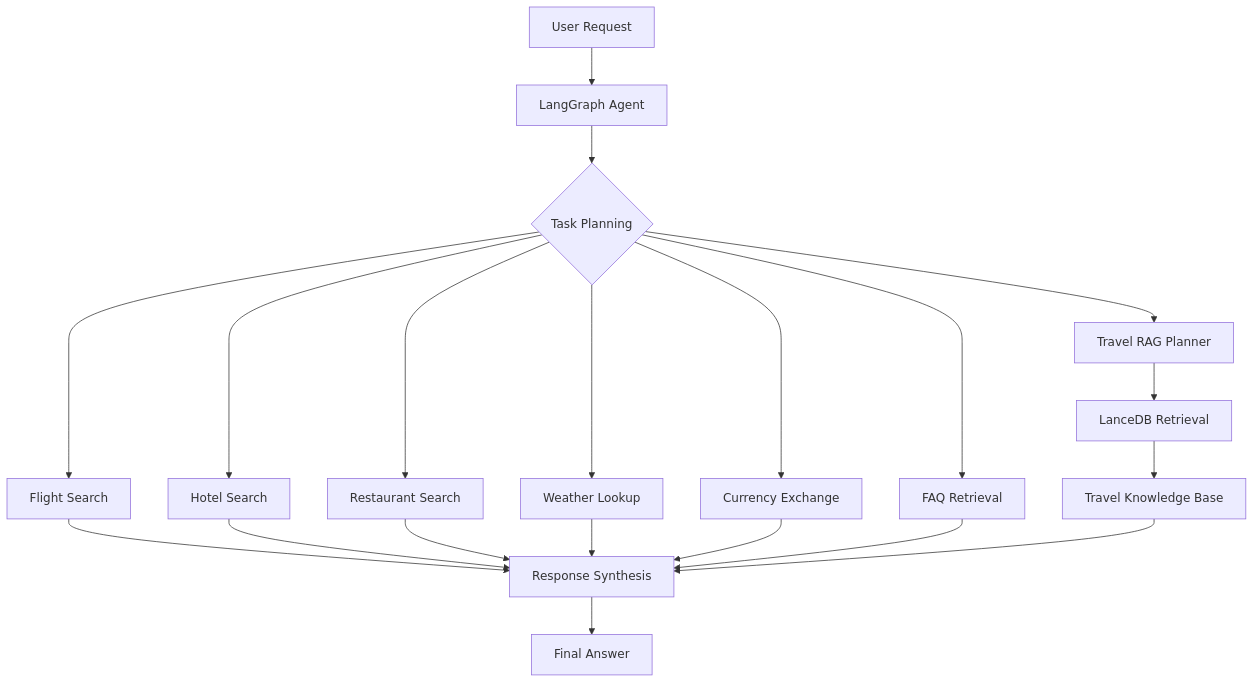
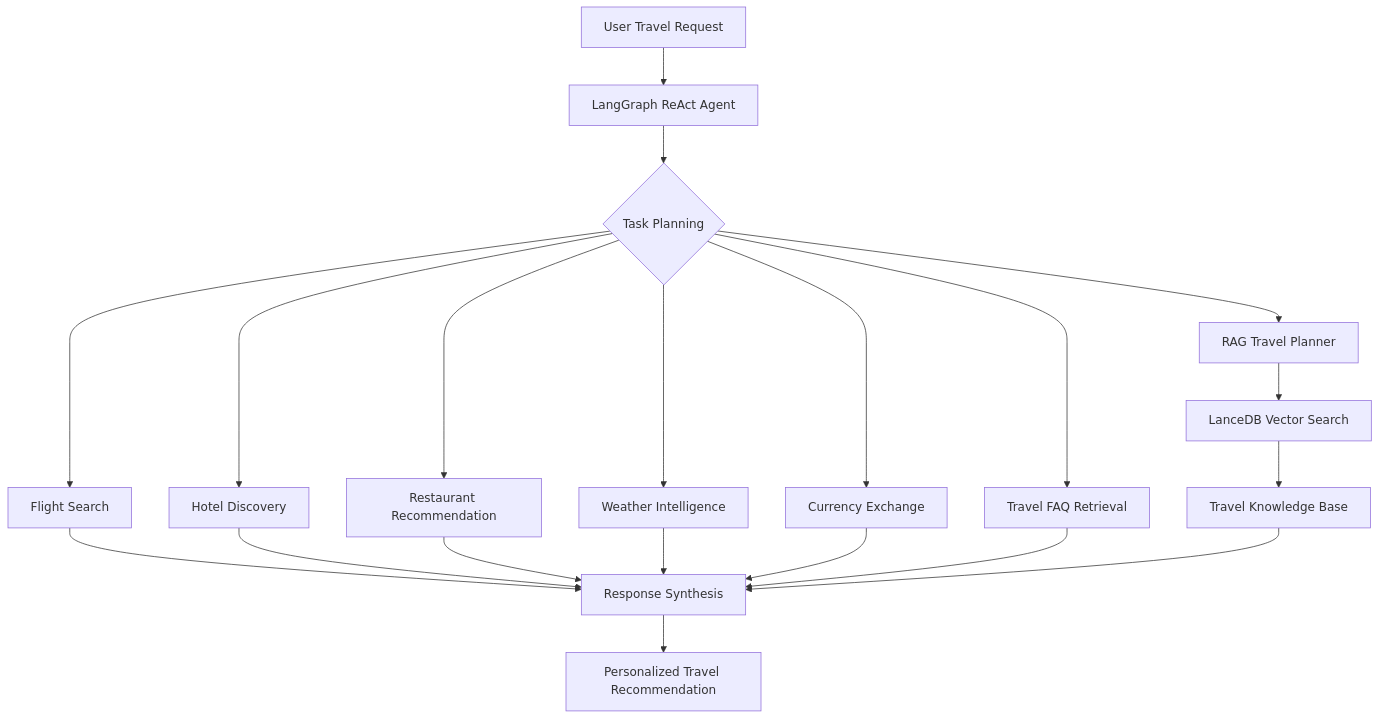
Before and after one commit to farzadjannati/Agentic-Travel-Planning-Assistant-with-Real-Time-Travel-Intelligence: the diagram in README.md, drawn with Mermaid. The commit also changed other lines of this file, not shown here.

````diff
--- a/README.md
+++ b/README.md
@@ -86,43 +117,43 @@
 ```mermaid
 flowchart TD
 
-A[User Request]
+A[User Travel Request]
 
-A --> B[LangGraph Agent]
+A --> B[LangGraph ReAct Agent]
 
 B --> C{Task Planning}
 
 C --> D[Flight Search]
 
-C --> E[Hotel Search]
+C --> E[Hotel Discovery]
 
-C --> F[Restaurant Search]
+C --> F[Restaurant Recommendation]
 
-C --> G[Weather Lookup]
+C --> G[Weather Intelligence]
 
 C --> H[Currency Exchange]
 
-C --> I[FAQ Retrieval]
+C --> I[Travel FAQ Retrieval]
 
-C --> J[Travel RAG Planner]
+C --> J[RAG Travel Planner]
 
-J --> K[LanceDB Retrieval]
+J --> K[LanceDB Vector Search]
 
 K --> L[Travel Knowledge Base]
 
 D --> M[Response Synthesis]
 
 E --> M
 
 F --> M
 
 G --> M
 
 H --> M
 
 I --> M
 
 L --> M
 
-M --> N[Final Answer]
+M --> N[Personalized Travel Recommendation]
 ```
````
